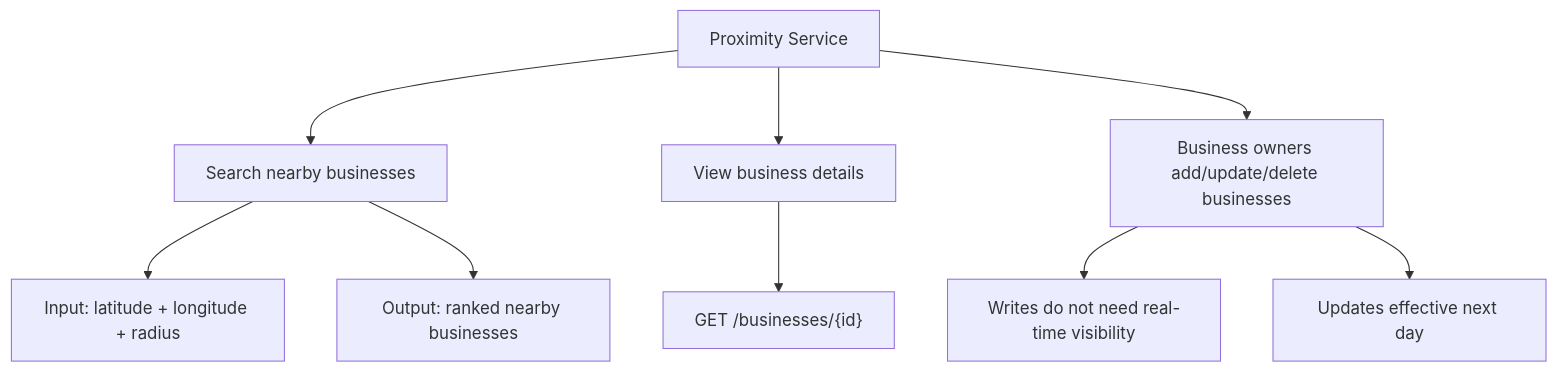
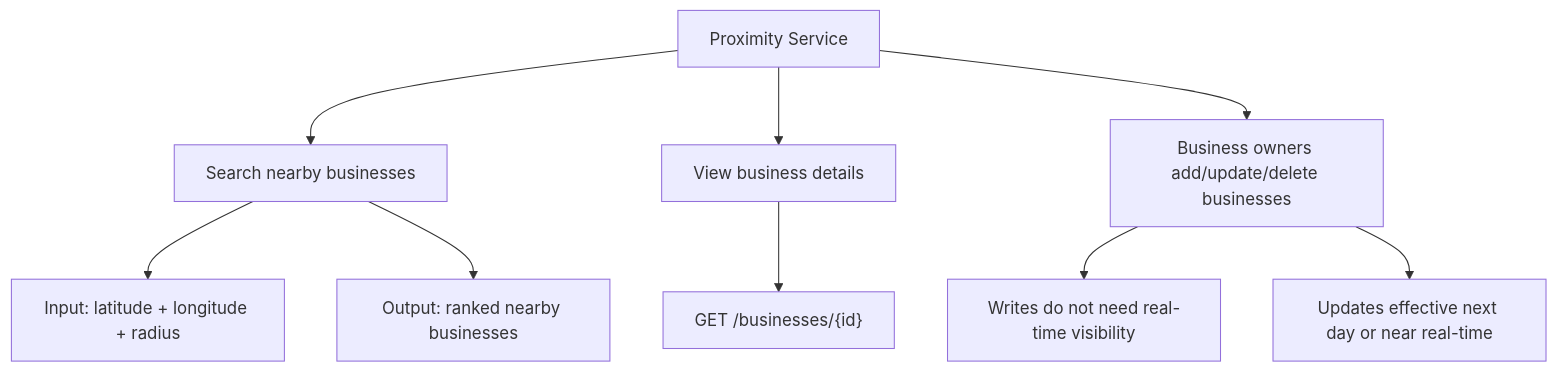
The first of 17 diagrams in HLD_NOTES/004_INTERVIEW_PROBLEMS/013_proximity_service_visual_notes.md (mthaiseer/springcloud-systemdesign-notes), drawn with Mermaid before and after one commit. The commit also changed other lines of this file and 1 other file, not shown here.

````diff
--- a/HLD_NOTES/004_INTERVIEW_PROBLEMS/013_proximity_service_visual_notes.md
+++ b/HLD_NOTES/004_INTERVIEW_PROBLEMS/013_proximity_service_visual_notes.md
@@ -11,13 +13,13 @@
 ```mermaid
 flowchart TB
     A[Proximity Service] --> B[Search nearby businesses]
     A --> C[View business details]
     A --> D[Business owners add/update/delete businesses]
 
     B --> B1[Input: latitude + longitude + radius]
     B --> B2[Output: ranked nearby businesses]
 
     C --> C1["GET /businesses/{id}"]
     D --> D1[Writes do not need real-time visibility]
-    D --> D2[Updates effective next day]
+    D --> D2[Updates effective next day or near real-time]
 ```
````
